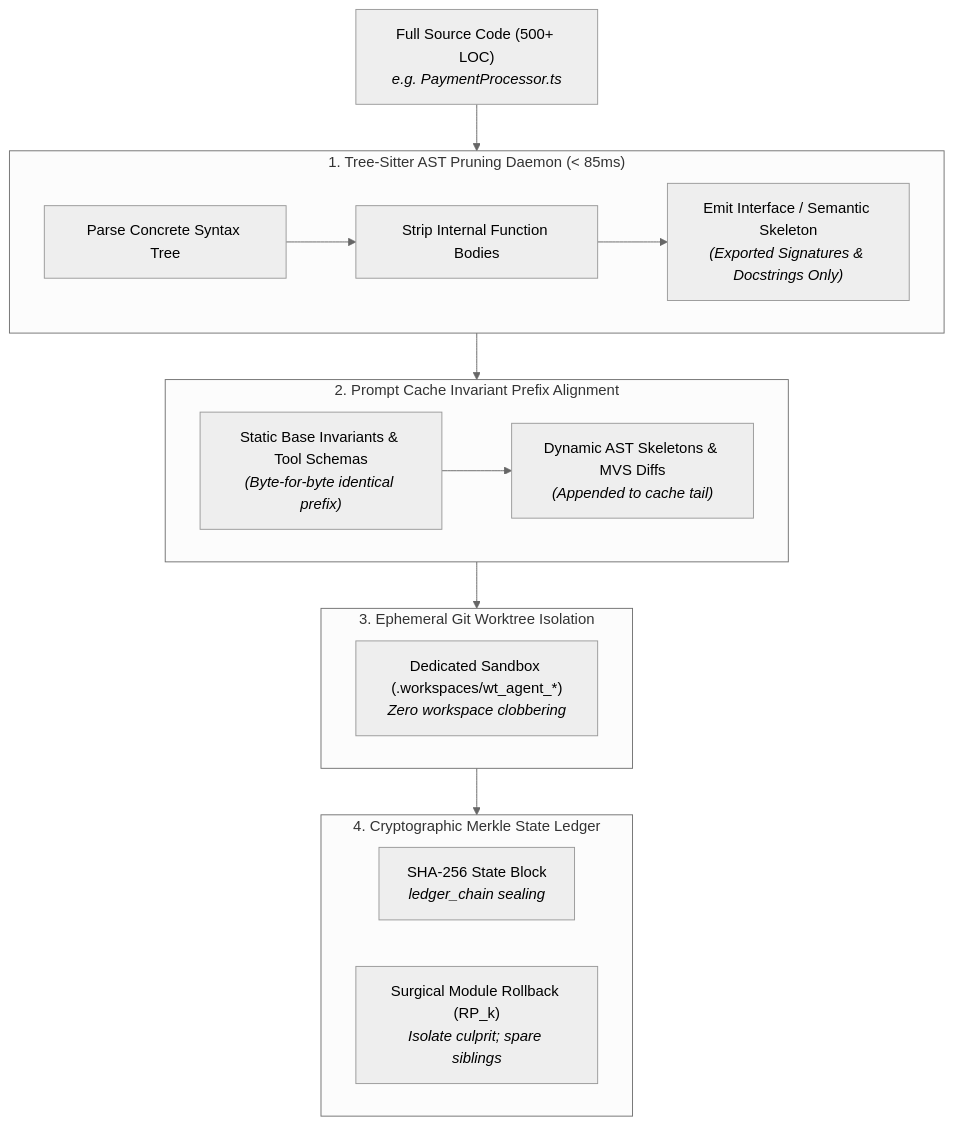
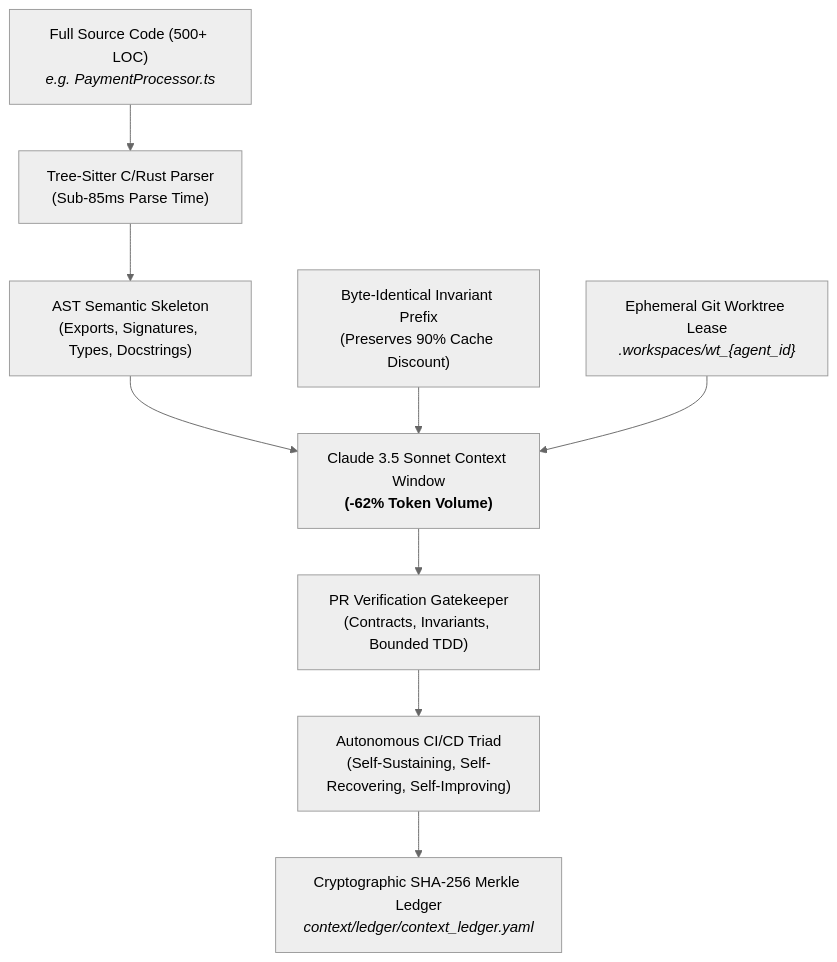
Before and after one commit to lakhwindersingh/nb_fairyfly: the second of 4 diagrams in user/outputs/token_savings_whitepaper.md, drawn with Mermaid (neutral theme). The commit also changed other lines of this file and 7 other files, not shown here.

Commit message:
docs(whitepaper): update benchmark whitepaper with Autonomous CI/CD triad, live ledger telemetry, and engineering roadmap

````diff
--- a/user/outputs/token_savings_whitepaper.md
+++ b/user/outputs/token_savings_whitepaper.md
@@ -68,31 +80,17 @@
 ```mermaid
 flowchart TD
   RawCode["Full Source Code (500+ LOC)<br/><i>e.g. PaymentProcessor.ts</i>"]
-  
-  subgraph ASTPrunerEngine["1. Tree-Sitter AST Pruning Daemon (< 85ms)"]
-    Parse["Parse Concrete Syntax Tree"]
-    Strip["Strip Internal Function Bodies"]
-    Skel["Emit Interface / Semantic Skeleton<br/><i>(Exported Signatures & Docstrings Only)</i>"]
-    Parse --> Strip --> Skel
-  end
+  AST["Tree-Sitter C/Rust Parser<br/>(Sub-85ms Parse Time)"]
+  Skeleton["AST Semantic Skeleton<br/>(Exports, Signatures, Types, Docstrings)"]
+  Cache["Byte-Identical Invariant Prefix<br/>(Preserves 90% Cache Discount)"]
+  Worktree["Ephemeral Git Worktree Lease<br/><i>.workspaces/wt_{agent_id}</i>"]
+  LLM["Claude 3.5 Sonnet Context Window<br/><b>(-62% Token Volume)</b>"]
+  Gate["PR Verification Gatekeeper<br/>(Contracts, Invariants, Bounded TDD)"]
+  Triad["Autonomous CI/CD Triad<br/>(Self-Sustaining, Self-Recovering, Self-Improving)"]
+  Merkle["Cryptographic SHA-256 Merkle Ledger<br/><i>context/ledger/context_ledger.yaml</i>"]
 
-  subgraph CacheAligner["2. Prompt Cache Invariant Prefix Alignment"]
-    StaticPrefix["Static Base Invariants & Tool Schemas<br/><i>(Byte-for-byte identical prefix)</i>"]
-    DynamicSuffix["Dynamic AST Skeletons & MVS Diffs<br/><i>(Appended to cache tail)</i>"]
-    StaticPrefix --> DynamicSuffix
-  end
-
-  subgraph WorktreeEngine["3. Ephemeral Git Worktree Isolation"]
-    WT["Dedicated Sandbox (.workspaces/wt_agent_*)<br/><i>Zero workspace clobbering</i>"]
-  end
-
-  subgraph MerkleEngine["4. Cryptographic Merkle State Ledger"]
-    Hash["SHA-256 State Block<br/><i>ledger_chain sealing</i>"]
-    Rollback["Surgical Module Rollback (RP_k)<br/><i>Isolate culprit; spare siblings</i>"]
-  end
-
-  RawCode --> ASTPrunerEngine
-  ASTPrunerEngine --> CacheAligner
-  CacheAligner --> WorktreeEngine
-  WorktreeEngine --> MerkleEngine
+  RawCode --> AST --> Skeleton --> LLM
+  Cache --> LLM
+  Worktree --> LLM
+  LLM --> Gate --> Triad --> Merkle
 ```
````
